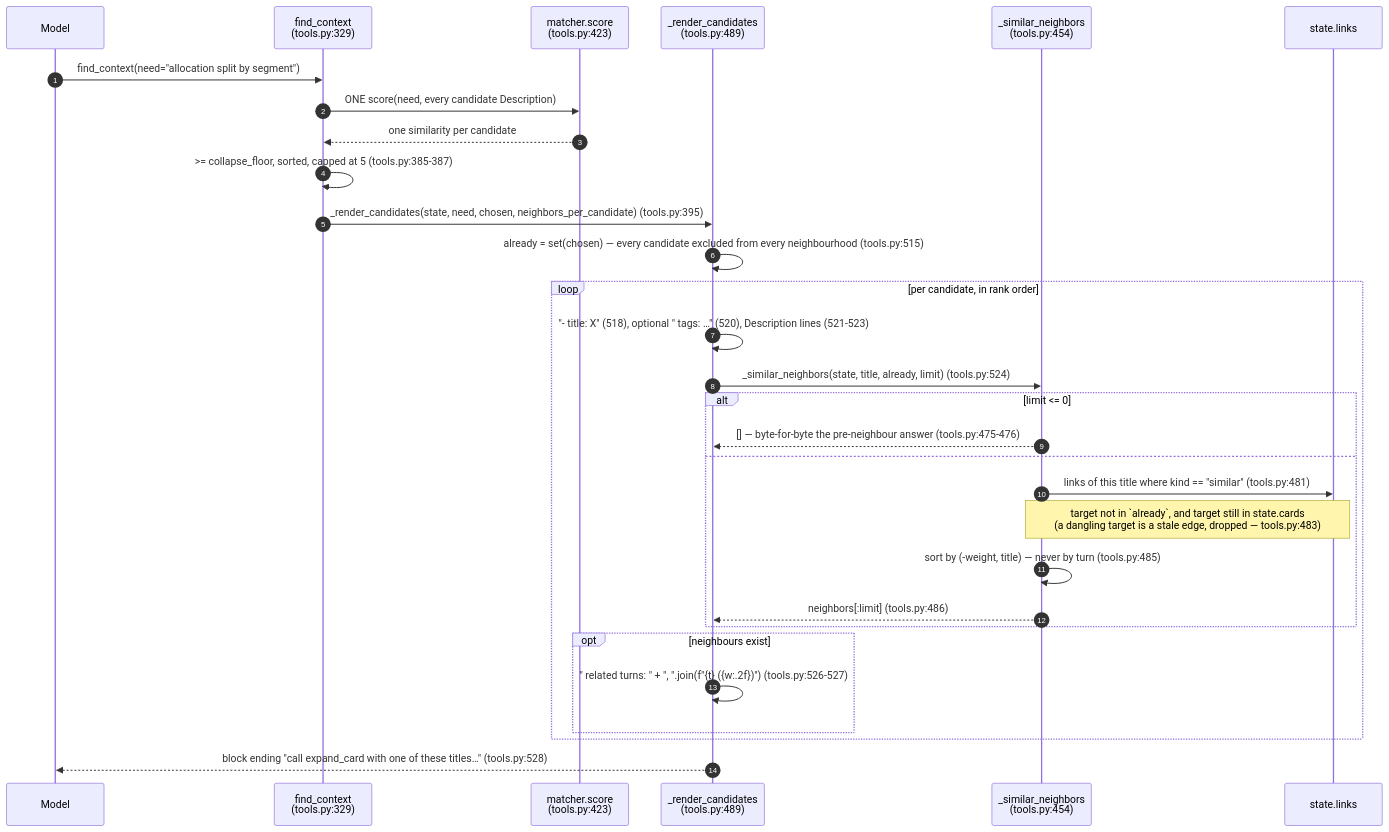
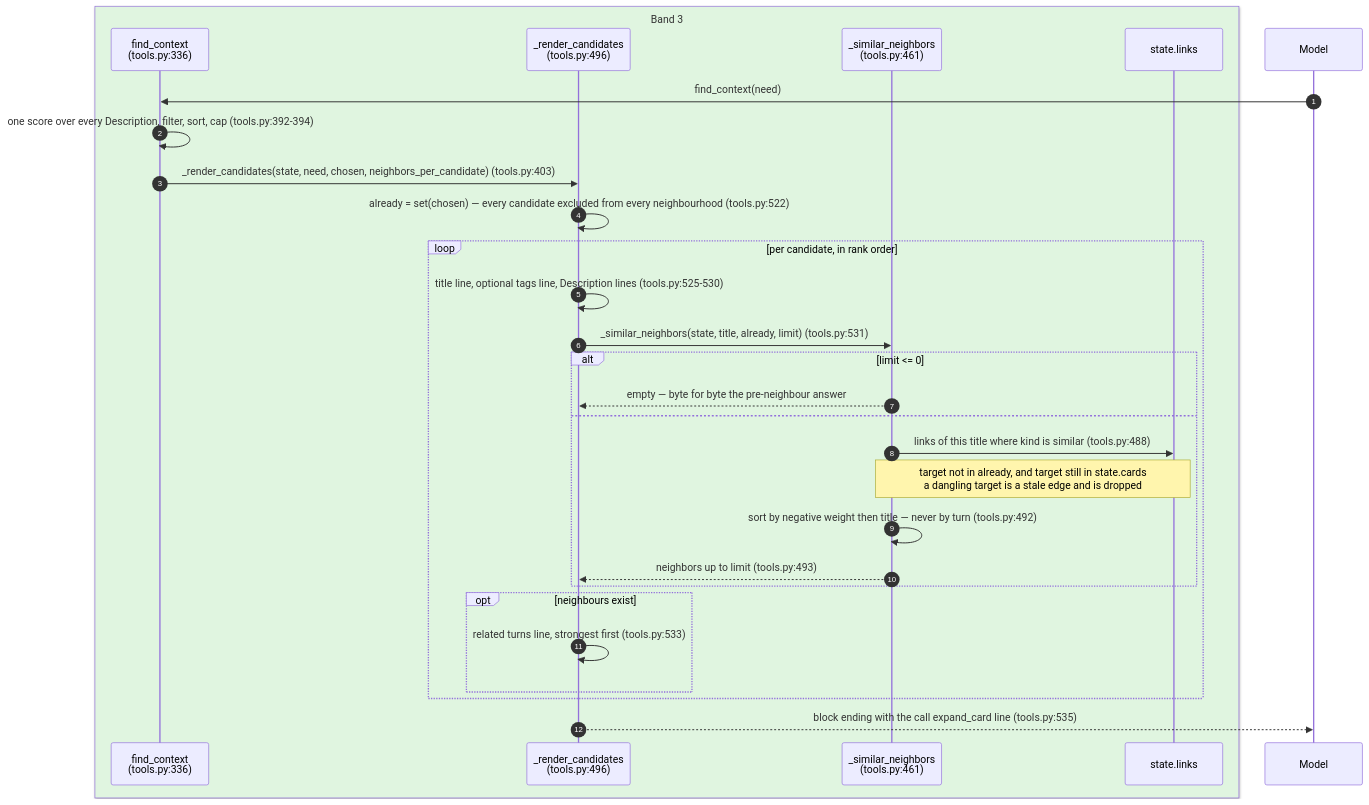
Before and after one commit to aws-samples/sample-context-engineering: the fifth of 5 diagrams in docs/design/sequence/sequence-d-context-graph.md, drawn with Mermaid. The commit also changed other lines of this file and 22 other files, not shown here.

````diff
--- a/docs/design/sequence/sequence-d-context-graph.md
+++ b/docs/design/sequence/sequence-d-context-graph.md
@@ -267,33 +625,32 @@
 ```mermaid
 sequenceDiagram
     autonumber
+    box rgb(224,245,224) Band 3
+        participant FC as find_context<br/>(tools.py:336)
+        participant RC as _render_candidates<br/>(tools.py:496)
+        participant SN as _similar_neighbors<br/>(tools.py:461)
+        participant L as state.links
+    end
     participant Model
-    participant FC as find_context<br/>(tools.py:329)
-    participant MA as matcher.score<br/>(tools.py:423)
-    participant RC as _render_candidates<br/>(tools.py:489)
-    participant SN as _similar_neighbors<br/>(tools.py:454)
-    participant L as state.links
 
-    Model->>FC: find_context(need="allocation split by segment")
-    FC->>MA: ONE score(need, every candidate Description)
-    MA-->>FC: one similarity per candidate
-    FC->>FC: >= collapse_floor, sorted, capped at 5 (tools.py:385-387)
-    FC->>RC: _render_candidates(state, need, chosen, neighbors_per_candidate) (tools.py:395)
-    RC->>RC: already = set(chosen) — every candidate excluded from every neighbourhood (tools.py:515)
+    Model->>FC: find_context(need)
+    FC->>FC: one score over every Description, filter, sort, cap (tools.py:392-394)
+    FC->>RC: _render_candidates(state, need, chosen, neighbors_per_candidate) (tools.py:403)
+    RC->>RC: already = set(chosen) — every candidate excluded from every neighbourhood (tools.py:522)
     loop per candidate, in rank order
-        RC->>RC: "- title: X" (518), optional "  tags: …" (520), Description lines (521-523)
-        RC->>SN: _similar_neighbors(state, title, already, limit) (tools.py:524)
+        RC->>RC: title line, optional tags line, Description lines (tools.py:525-530)
+        RC->>SN: _similar_neighbors(state, title, already, limit) (tools.py:531)
         alt limit <= 0
-            SN-->>RC: [] — byte-for-byte the pre-neighbour answer (tools.py:475-476)
+            SN-->>RC: empty — byte for byte the pre-neighbour answer
         else
-            SN->>L: links of this title where kind == "similar" (tools.py:481)
-            Note over SN,L: target not in `already`, and target still in state.cards<br/>(a dangling target is a stale edge, dropped — tools.py:483)
-            SN->>SN: sort by (-weight, title) — never by turn (tools.py:485)
-            SN-->>RC: neighbors[:limit] (tools.py:486)
+            SN->>L: links of this title where kind is similar (tools.py:488)
+            Note over SN,L: target not in already, and target still in state.cards<br/>a dangling target is a stale edge and is dropped
+            SN->>SN: sort by negative weight then title — never by turn (tools.py:492)
+            SN-->>RC: neighbors up to limit (tools.py:493)
         end
         opt neighbours exist
-            RC->>RC: "  related turns: " + ", ".join(f"{t} ({w:.2f})") (tools.py:526-527)
+            RC->>RC: related turns line, strongest first (tools.py:533)
         end
     end
-    RC-->>Model: block ending "call expand_card with one of these titles…" (tools.py:528)
+    RC-->>Model: block ending with the call expand_card line (tools.py:535)
 ```
````
